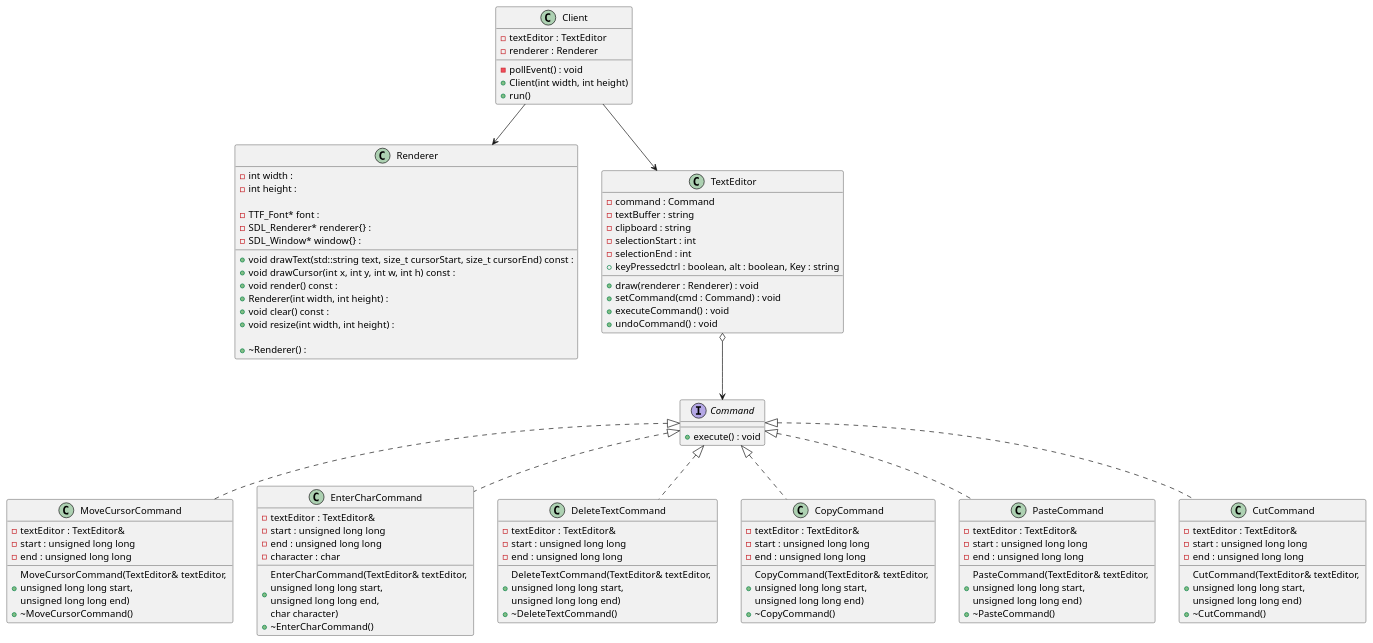
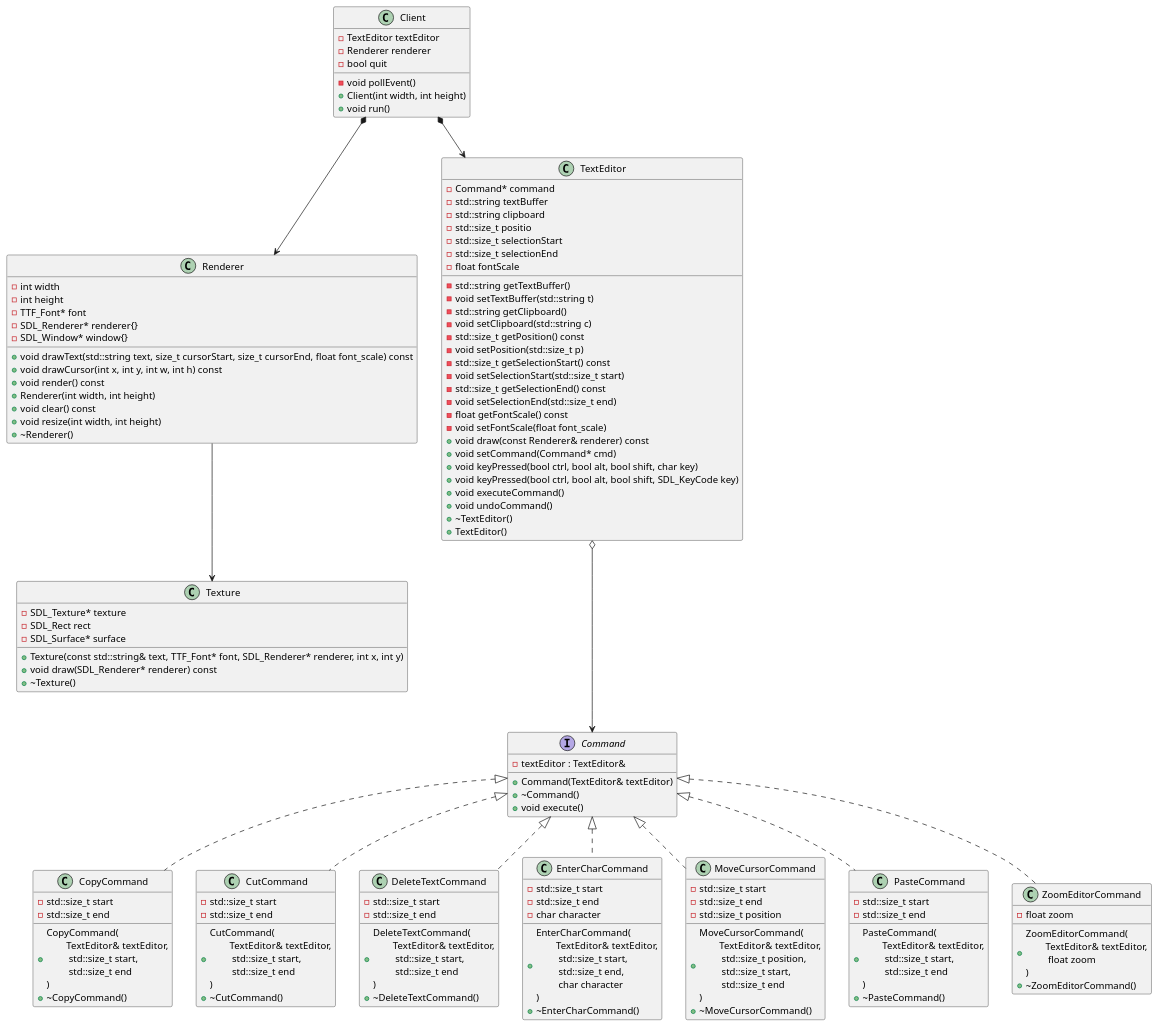
Before and after one commit to AquaBx/text-editor: the diagram in V1/conception/diagramme-classes/class.puml, drawn with PlantUML. The commit also changed 25 other files, not shown here.

Commit message:
uml updated + friendly commands

```diff
--- a/V1/conception/diagramme-classes/class.puml
+++ b/V1/conception/diagramme-classes/class.puml
@@ -1,106 +1,134 @@
 @startuml
 interface Command {
-    + execute() : void
+    - textEditor : TextEditor&
+    + Command(TextEditor& textEditor)
+    + ~Command()
+    + void execute()
+}
+
+class CopyCommand {
+    - std::size_t start
+    - std::size_t end
+    + CopyCommand(\n\tTextEditor& textEditor,\n\t std::size_t start,\n\t std::size_t end\n)
+    + ~CopyCommand()
+}
+
+class CutCommand {
+    - std::size_t start
+    - std::size_t end
+    + CutCommand(\n\tTextEditor& textEditor,\n\t std::size_t start,\n\t std::size_t end\n)
+    + ~CutCommand()
+}
+
+class DeleteTextCommand {
+    - std::size_t start
+    - std::size_t end
+    + DeleteTextCommand(\n\tTextEditor& textEditor,\n\t std::size_t start,\n\t std::size_t end\n)
+    + ~DeleteTextCommand()
+}
+
+class EnterCharCommand {
+    - std::size_t start
+    - std::size_t end
+    - char character
+    + EnterCharCommand(\n\tTextEditor& textEditor,\n\t std::size_t start,\n\t std::size_t end,\n\t char character\n)
+    + ~EnterCharCommand()
 }
 
 class MoveCursorCommand {
-    - textEditor : TextEditor&
-    - start : unsigned long long
-    - end : unsigned long long
-    + MoveCursorCommand(TextEditor& textEditor, \nunsigned long long start, \nunsigned long long end)
+    - std::size_t start
+    - std::size_t end
+    - std::size_t position
+    + MoveCursorCommand(\n\tTextEditor& textEditor,\n\t std::size_t position,\n\t std::size_t start,\n\t std::size_t end\n)
     + ~MoveCursorCommand()
 }
 
-class EnterCharCommand {
-    - textEditor : TextEditor&
-    - start : unsigned long long
-    - end : unsigned long long
-    - character : char
-    + EnterCharCommand(TextEditor& textEditor, \nunsigned long long start, \nunsigned long long end, \nchar character) 
-    + ~EnterCharCommand()
-}
-
-class DeleteTextCommand {
-    - textEditor : TextEditor&
-    - start : unsigned long long
-    - end : unsigned long long
-    + DeleteTextCommand(TextEditor& textEditor, \nunsigned long long start, \nunsigned long long end)
-    + ~DeleteTextCommand()
-}
-
-class CopyCommand {
-    - textEditor : TextEditor&
-    - start : unsigned long long
-    - end : unsigned long long
-    + CopyCommand(TextEditor& textEditor, \nunsigned long long start, \nunsigned long long end)
-    + ~CopyCommand()
-}
-
 class PasteCommand {
-    - textEditor : TextEditor&
-    - start : unsigned long long
-    - end : unsigned long long
-    + PasteCommand(TextEditor& textEditor, \nunsigned long long start, \nunsigned long long end)
+    - std::size_t start
+    - std::size_t end
+    + PasteCommand(\n\tTextEditor& textEditor,\n\t std::size_t start,\n\t std::size_t end\n)
     + ~PasteCommand()
 }
 
-class CutCommand {
-    - textEditor : TextEditor&
-    - start : unsigned long long
-    - end : unsigned long long
-    + CutCommand(TextEditor& textEditor, \nunsigned long long start, \nunsigned long long end)
-    + ~CutCommand()
+class ZoomEditorCommand {
+    - float zoom
+    + ZoomEditorCommand(\n\tTextEditor& textEditor,\n\t float zoom\n)
+    + ~ZoomEditorCommand()
 }
 
 class Client {
-    - textEditor : TextEditor
-    - renderer : Renderer
-    - pollEvent() : void
-    + Client(int width, int height)
-    + run()
+   - TextEditor textEditor
+   - Renderer renderer
+   - bool quit
+   - void pollEvent()
+   + Client(int width, int height)
+   + void run()
 }
 
 class Renderer {
-    - int width : 
-    - int height : 
-
-    - TTF_Font* font : 
-    - SDL_Renderer* renderer{} : 
-    - SDL_Window* window{} : 
-
-    + void drawText(std::string text, size_t cursorStart, size_t cursorEnd) const : 
-    + void drawCursor(int x, int y, int w, int h) const : 
-    + void render() const : 
-    + Renderer(int width, int height) : 
-    + void clear() const : 
-    + void resize(int width, int height) : 
-
-    + ~Renderer() : 
+    - int width
+    - int height
+    - TTF_Font* font
+    - SDL_Renderer* renderer{}
+    - SDL_Window* window{}
+    + void drawText(std::string text, size_t cursorStart, size_t cursorEnd, float font_scale) const
+    + void drawCursor(int x, int y, int w, int h) const
+    + void render() const
+    + Renderer(int width, int height)
+    + void clear() const
+    + void resize(int width, int height)
+    + ~Renderer()
 }
 
 class TextEditor {
-    - command : Command
-    - textBuffer : string
-    - clipboard : string
-    - selectionStart : int
-    - selectionEnd : int
-    + draw(renderer : Renderer) : void
-    + setCommand(cmd : Command) : void
-    + executeCommand() : void
-    + undoCommand() : void
-    +keyPressedctrl : boolean, alt : boolean, Key : string
+    - Command* command
+    - std::string textBuffer
+    - std::string clipboard
+    - std::size_t positio
+    - std::size_t selectionStart
+    - std::size_t selectionEnd
+    - float fontScale
+    - std::string getTextBuffer()
+    - void setTextBuffer(std::string t)
+    - std::string getClipboard()
+    - void setClipboard(std::string c)
+    - std::size_t getPosition() const
+    - void setPosition(std::size_t p)
+    - std::size_t getSelectionStart() const
+    - void setSelectionStart(std::size_t start)
+    - std::size_t getSelectionEnd() const
+    - void setSelectionEnd(std::size_t end)
+    - float getFontScale() const
+    - void setFontScale(float font_scale)
+    + void draw(const Renderer& renderer) const
+    + void setCommand(Command* cmd)
+    + void keyPressed(bool ctrl, bool alt, bool shift, char key)
+    + void keyPressed(bool ctrl, bool alt, bool shift, SDL_KeyCode key)
+    + void executeCommand()
+    + void undoCommand()
+    + ~TextEditor()
+    + TextEditor()
 }
 
+class Texture {
+    - SDL_Texture* texture
+    - SDL_Rect rect
+    - SDL_Surface* surface
+    + Texture(const std::string& text, TTF_Font* font, SDL_Renderer* renderer, int x, int y)
+    + void draw(SDL_Renderer* renderer) const
+    + ~Texture()
+}
 
 Command <|.. MoveCursorCommand
 Command <|.. EnterCharCommand
 Command <|.. DeleteTextCommand
 Command <|.. CopyCommand
 Command <|.. PasteCommand
 Command <|.. CutCommand
+Command <|.. ZoomEditorCommand
 
-TextEditor o--> Command
-Client --> Renderer
-
-Client --> TextEditor
+Client *--> TextEditor
+TextEditor o---> Command
+Renderer --> Texture
+Client *--> Renderer
 @enduml
```
